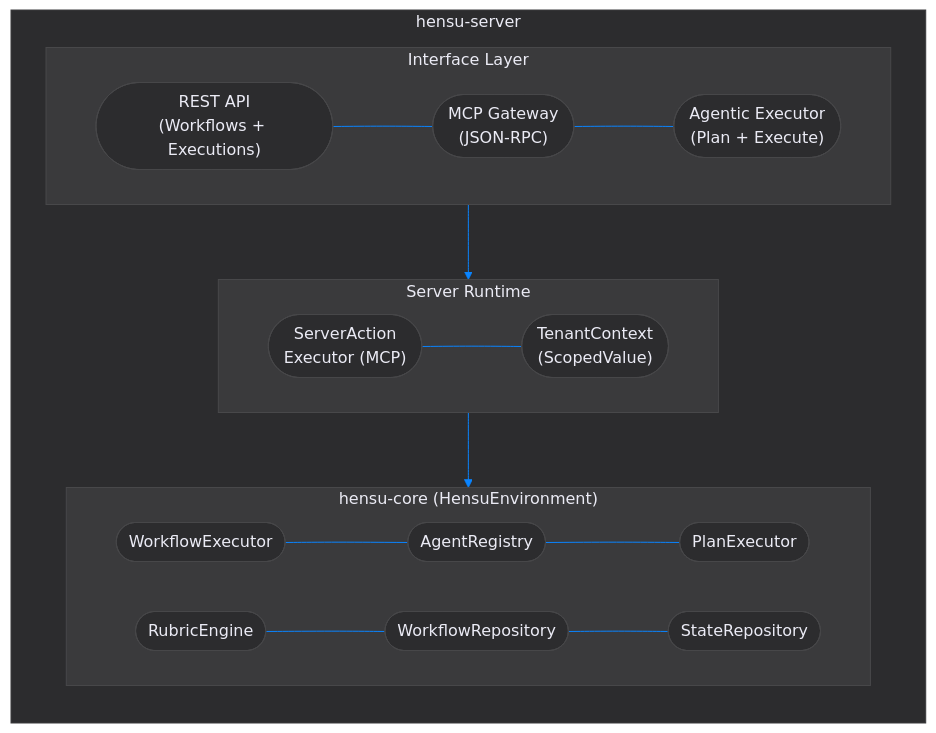
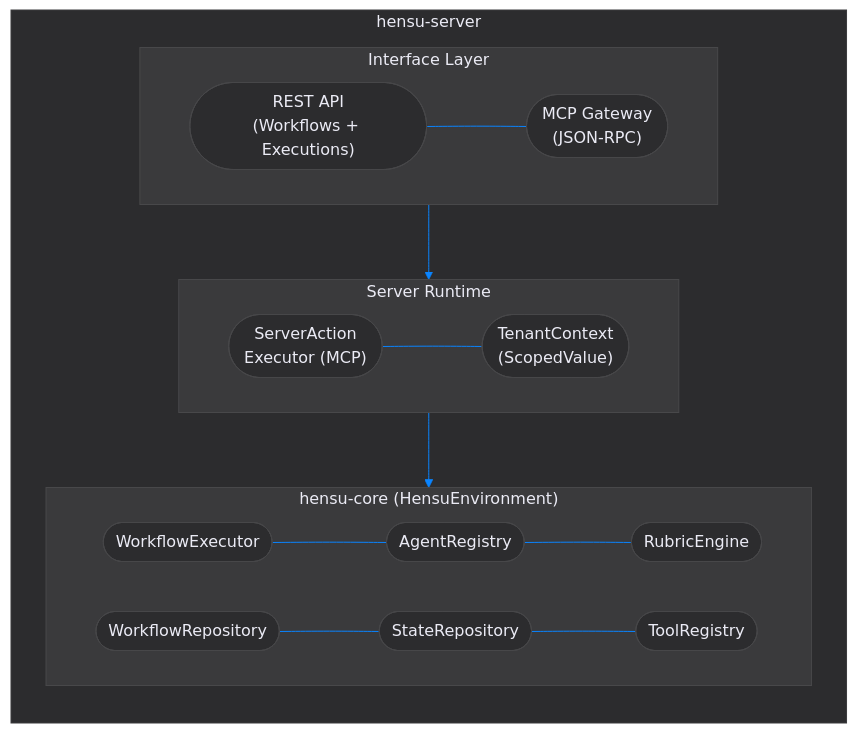
One commit to hensu-project/hensu changed the first of 2 diagrams in hensu-server/README.md. Above: the diagram before and after it, drawn with Mermaid. The commit also changed other lines of this file and 122 other files, not shown here.

````diff
--- a/hensu-server/README.md
+++ b/hensu-server/README.md
@@ -22,38 +21,37 @@
 ```mermaid
 flowchart TD
     subgraph server["hensu-server"]
         direction TB
         subgraph api["Interface Layer"]
             direction LR
-            rest(["REST API\n(Workflows + Executions)"]) ~~~ mcpgw(["MCP Gateway\n(JSON-RPC)"]) ~~~ agex(["Agentic Executor\n(Plan + Execute)"])
+            rest(["REST API\n(Workflows + Executions)"]) ~~~ mcpgw(["MCP Gateway\n(JSON-RPC)"])
         end
         subgraph runtime["Server Runtime"]
             direction LR
             sae(["ServerAction\nExecutor (MCP)"]) ~~~ tc(["TenantContext\n(ScopedValue)"])
         end
         subgraph core["hensu-core (HensuEnvironment)"]
             direction LR
-            we(["WorkflowExecutor"]) ~~~ ar(["AgentRegistry"]) ~~~ pe(["PlanExecutor"])
-            re(["RubricEngine"]) ~~~ wr(["WorkflowRepository"]) ~~~ sr(["StateRepository"])
+            we(["WorkflowExecutor"]) ~~~ ar(["AgentRegistry"]) ~~~ re(["RubricEngine"])
+            wr(["WorkflowRepository"]) ~~~ sr(["StateRepository"]) ~~~ tr(["ToolRegistry"])
         end
         api --> runtime --> core
     end
 
     style server fill:#2c2c2e, stroke:#3a3a3c, color:#ebebf5, stroke-width:1px
     style api fill:#3a3a3c, stroke:#48484a, color:#ebebf5, stroke-width:1px
     style runtime fill:#3a3a3c, stroke:#48484a, color:#ebebf5, stroke-width:1px
     style core fill:#3a3a3c, stroke:#48484a, color:#ebebf5, stroke-width:1px
     style rest fill:#2c2c2e, stroke:#48484a, color:#ebebf5, stroke-width:1px
     style mcpgw fill:#2c2c2e, stroke:#48484a, color:#ebebf5, stroke-width:1px
-    style agex fill:#2c2c2e, stroke:#48484a, color:#ebebf5, stroke-width:1px
     style sae fill:#2c2c2e, stroke:#48484a, color:#ebebf5, stroke-width:1px
     style tc fill:#2c2c2e, stroke:#48484a, color:#ebebf5, stroke-width:1px
     style we fill:#2c2c2e, stroke:#48484a, color:#ebebf5, stroke-width:1px
     style ar fill:#2c2c2e, stroke:#48484a, color:#ebebf5, stroke-width:1px
-    style pe fill:#2c2c2e, stroke:#48484a, color:#ebebf5, stroke-width:1px
     style re fill:#2c2c2e, stroke:#48484a, color:#ebebf5, stroke-width:1px
     style wr fill:#2c2c2e, stroke:#48484a, color:#ebebf5, stroke-width:1px
     style sr fill:#2c2c2e, stroke:#48484a, color:#ebebf5, stroke-width:1px
+    style tr fill:#2c2c2e, stroke:#48484a, color:#ebebf5, stroke-width:1px
 
     linkStyle default stroke:#0A84FF, stroke-width:1px
 ```
````
